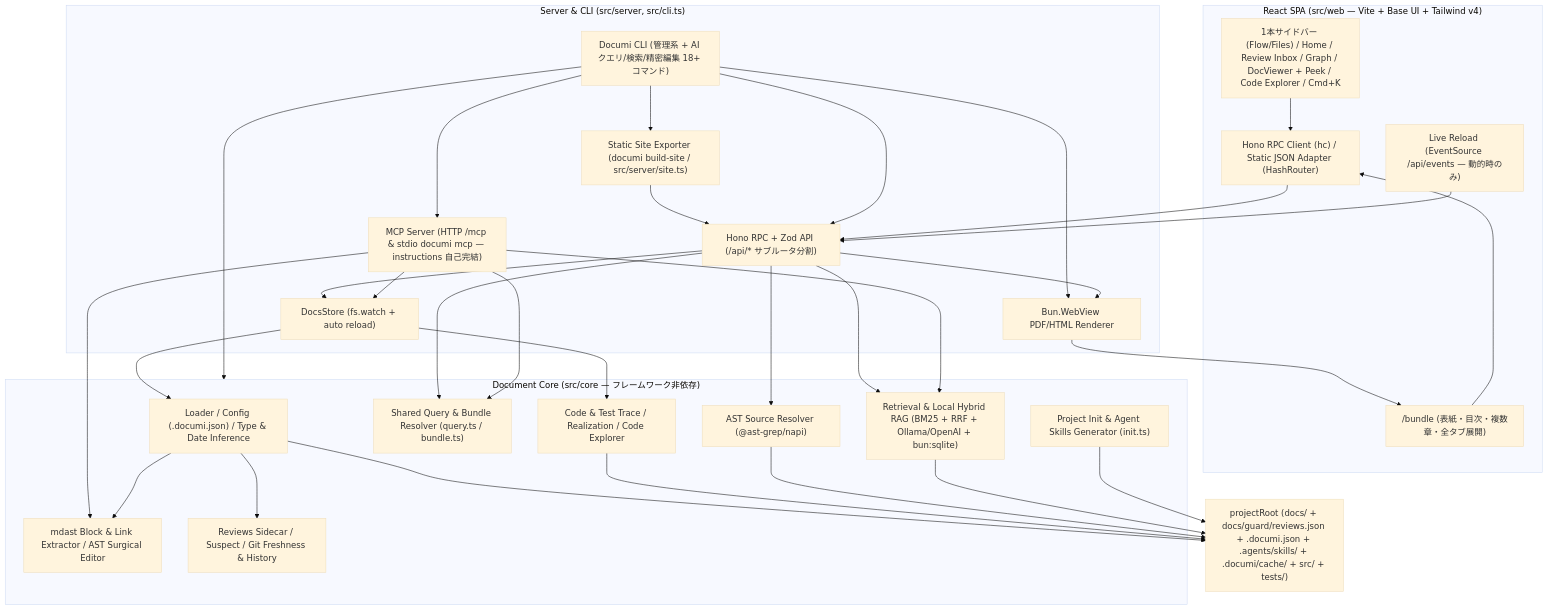
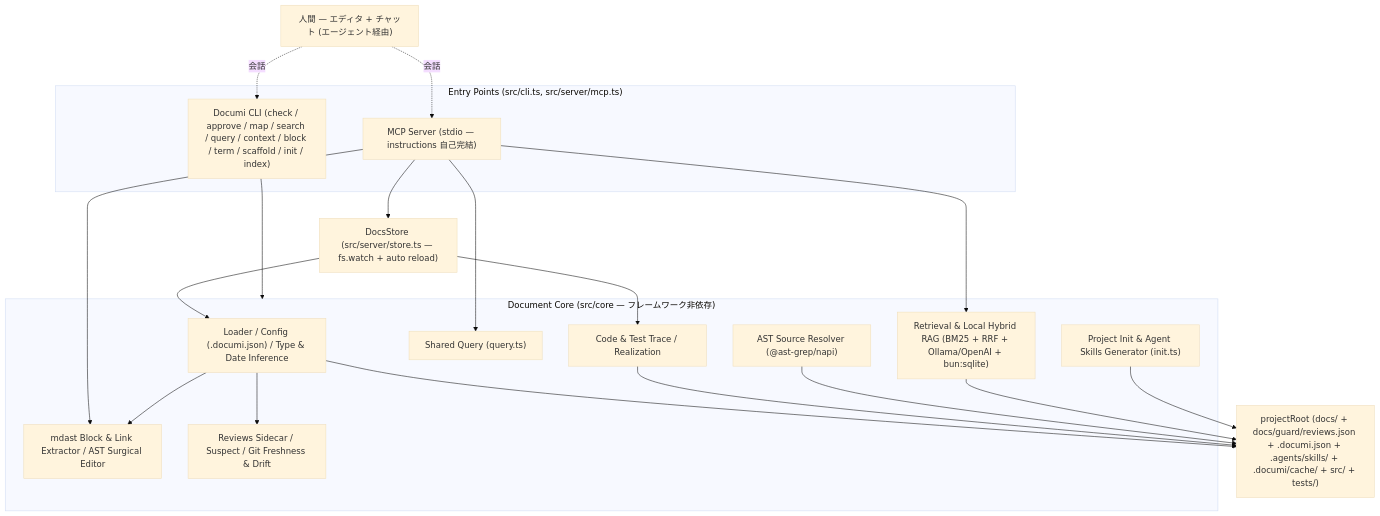
Before and after one commit to naatin777/documi: the diagram in docs/designs/system-overview.mdx, drawn with Mermaid (base theme). The commit also changed other lines of this file and 125 other files, not shown here.

First line of the commit message:
refactor: remove web viewer, cards and exports, adopt chat-driven decision recording (#64)

````diff
--- a/docs/designs/system-overview.mdx
+++ b/docs/designs/system-overview.mdx
@@ -13,61 +13,39 @@
 ```mermaid
 flowchart TB
-    subgraph Client["React SPA (src/web — Vite + Base UI + Tailwind v4)"]
-        UI["1本サイドバー (Flow/Files) / Home / Review Inbox / Graph / DocViewer + Peek / Code Explorer / Cmd+K"]
-        ClientAdapter["Hono RPC Client (hc<ApiRoutes>) / Static JSON Adapter (HashRouter)"]
-        BundleUI["/bundle (表紙・目次・複数章・全タブ展開)"]
-        SSE["Live Reload (EventSource /api/events — 動的時のみ)"]
-    end
-
-    subgraph Entry["Server & CLI (src/server, src/cli.ts)"]
-        API["Hono RPC + Zod API (/api/* サブルータ分割)"]
-        MCP["MCP Server (HTTP /mcp & stdio documi mcp — instructions 自己完結)"]
-        PDF["Bun.WebView PDF/HTML Renderer"]
-        Site["Static Site Exporter (documi build-site / src/server/site.ts)"]
-        CLI["Documi CLI (管理系 + AI クエリ/検索/精密編集 18+ コマンド)"]
-        Store["DocsStore (fs.watch + auto reload)"]
+    subgraph Entry["Entry Points (src/cli.ts, src/server/mcp.ts)"]
+        CLI["Documi CLI (check / approve / map / search / query / context / block / term / scaffold / init / index)"]
+        MCP["MCP Server (stdio — instructions 自己完結)"]
     end
 
     subgraph Core["Document Core (src/core — フレームワーク非依存)"]
         Loader["Loader / Config (.documi.json) / Type & Date Inference"]
         Mdx["mdast Block & Link Extractor / AST Surgical Editor"]
-        Reviews["Reviews Sidecar / Suspect / Git Freshness & History"]
-        Trace["Code & Test Trace / Realization / Code Explorer"]
-        Query["Shared Query & Bundle Resolver (query.ts / bundle.ts)"]
+        Reviews["Reviews Sidecar / Suspect / Git Freshness & Drift"]
+        Trace["Code & Test Trace / Realization"]
+        Query["Shared Query (query.ts)"]
         Rag["Retrieval & Local Hybrid RAG (BM25 + RRF + Ollama/OpenAI + bun:sqlite)"]
         Source["AST Source Resolver (@ast-grep/napi)"]
         Init["Project Init & Agent Skills Generator (init.ts)"]
     end
 
+    Store["DocsStore (src/server/store.ts — fs.watch + auto reload)"]
     FS["projectRoot (docs/ + docs/guard/reviews.json + .documi.json + .agents/skills/ + .documi/cache/ + src/ + tests/)"]
+    Human["人間 — エディタ + チャット (エージェント経由)"]
 
-    UI --> ClientAdapter
-    BundleUI --> ClientAdapter
-    ClientAdapter --> API
-    SSE --> API
-    PDF --> BundleUI
-    Site --> API
     CLI --> Core
-    CLI --> API
-    CLI --> MCP
-    CLI --> PDF
-    CLI --> Site
-    API --> Store
-    API --> PDF
-    API --> Query
-    API --> Rag
-    API --> Source
     MCP --> Store
     MCP --> Query
     MCP --> Rag
     MCP --> Mdx
     Store --> Loader
     Loader --> Mdx
     Loader --> Reviews
     Store --> Trace
     Loader --> FS
     Trace --> FS
     Source --> FS
     Rag --> FS
     Init --> FS
+    Human -. 会話 .-> CLI
+    Human -. 会話 .-> MCP
 ```
````
